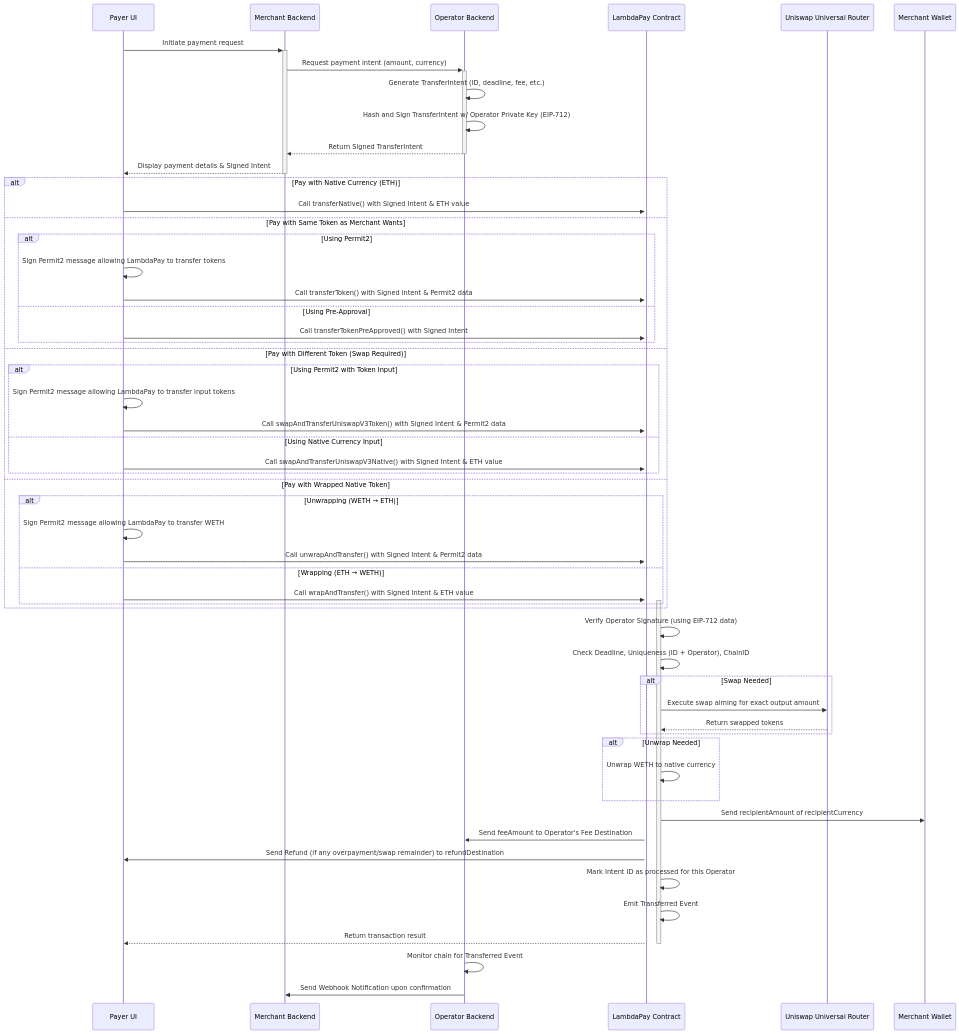
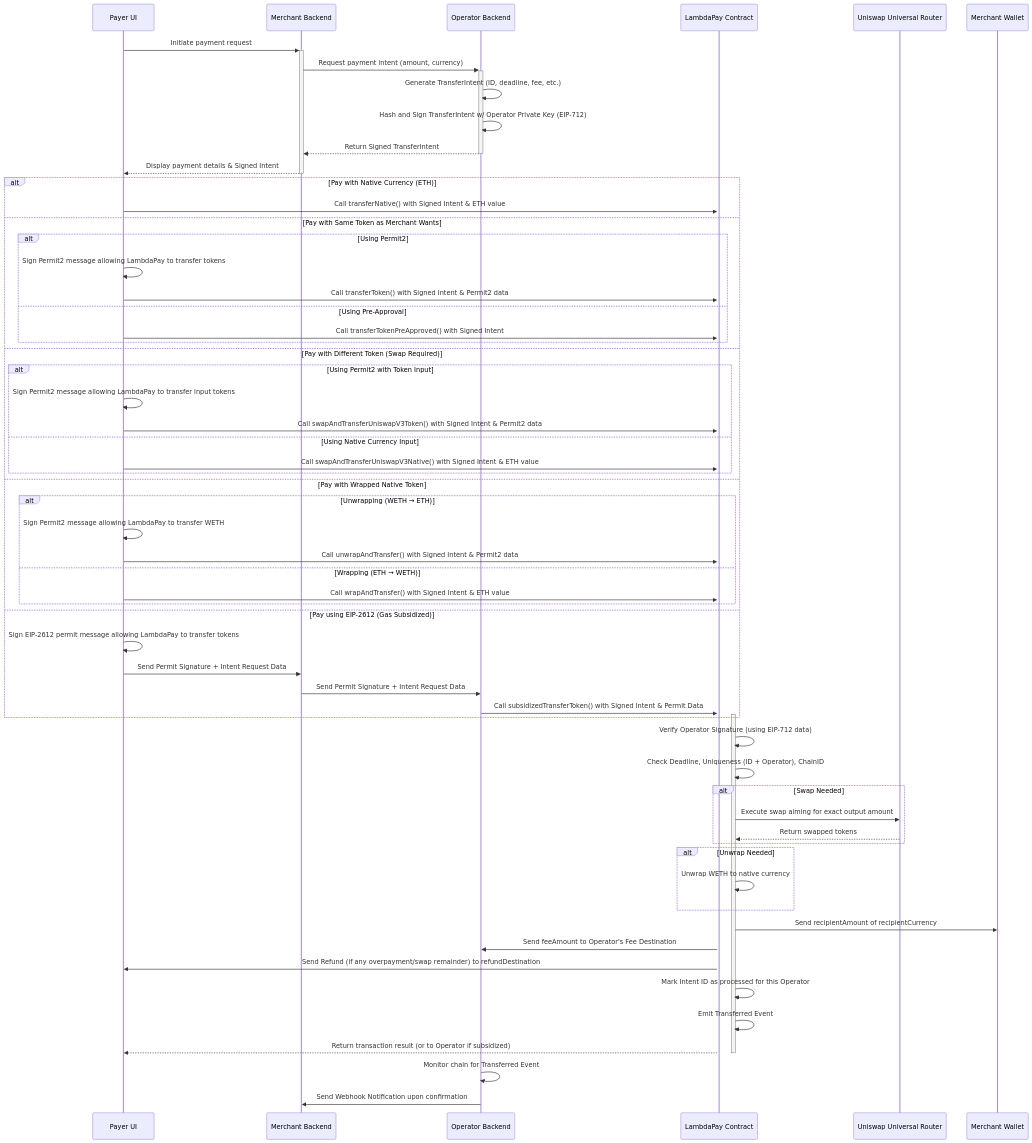
Before and after one commit to LambdaPay/onchain: the diagram in README.md, drawn with Mermaid. The commit also changed other lines of this file and 3 other files, not shown here.

Commit message:
Add: full test coverage of subsidizedTransferToken function

````diff
--- a/README.md
+++ b/README.md
@@ -91,63 +92,68 @@
 ```mermaid
 sequenceDiagram
     participant Payer UI
     participant Merchant Backend
     participant Operator Backend
     participant LambdaPay Contract
     participant Uniswap Universal Router
     participant Merchant Wallet
 
     Payer UI->>+Merchant Backend: Initiate payment request
     Merchant Backend->>+Operator Backend: Request payment intent (amount, currency)
     Operator Backend->>Operator Backend: Generate TransferIntent (ID, deadline, fee, etc.)
     Operator Backend->>Operator Backend: Hash and Sign TransferIntent w/ Operator Private Key (EIP-712)
     Operator Backend-->>-Merchant Backend: Return Signed TransferIntent
     Merchant Backend-->>-Payer UI: Display payment details & Signed Intent
 
     alt Pay with Native Currency (ETH)
         Payer UI->>+LambdaPay Contract: Call transferNative() with Signed Intent & ETH value
     else Pay with Same Token as Merchant Wants
         alt Using Permit2
             Payer UI->>Payer UI: Sign Permit2 message allowing LambdaPay to transfer tokens
             Payer UI->>+LambdaPay Contract: Call transferToken() with Signed Intent & Permit2 data
         else Using Pre-Approval
             Payer UI->>+LambdaPay Contract: Call transferTokenPreApproved() with Signed Intent
         end
     else Pay with Different Token (Swap Required)
         alt Using Permit2 with Token Input
             Payer UI->>Payer UI: Sign Permit2 message allowing LambdaPay to transfer input tokens
             Payer UI->>+LambdaPay Contract: Call swapAndTransferUniswapV3Token() with Signed Intent & Permit2 data
         else Using Native Currency Input
             Payer UI->>+LambdaPay Contract: Call swapAndTransferUniswapV3Native() with Signed Intent & ETH value
         end
     else Pay with Wrapped Native Token
         alt Unwrapping (WETH → ETH)
             Payer UI->>Payer UI: Sign Permit2 message allowing LambdaPay to transfer WETH
             Payer UI->>+LambdaPay Contract: Call unwrapAndTransfer() with Signed Intent & Permit2 data
         else Wrapping (ETH → WETH)
             Payer UI->>+LambdaPay Contract: Call wrapAndTransfer() with Signed Intent & ETH value
         end
+    else Pay using EIP-2612 (Gas Subsidized)
+        Payer UI->>Payer UI: Sign EIP-2612 permit message allowing LambdaPay to transfer tokens
+        Payer UI->>Merchant Backend: Send Permit Signature + Intent Request Data
+        Merchant Backend->>Operator Backend: Send Permit Signature + Intent Request Data
+        Operator Backend->>+LambdaPay Contract: Call subsidizedTransferToken() with Signed Intent & Permit Data
     end
 
     LambdaPay Contract->>LambdaPay Contract: Verify Operator Signature (using EIP-712 data)
     LambdaPay Contract->>LambdaPay Contract: Check Deadline, Uniqueness (ID + Operator), ChainID
 
     alt Swap Needed
         LambdaPay Contract->>Uniswap Universal Router: Execute swap aiming for exact output amount
         Uniswap Universal Router-->>LambdaPay Contract: Return swapped tokens
     end
 
     alt Unwrap Needed
         LambdaPay Contract->>LambdaPay Contract: Unwrap WETH to native currency
     end
 
     LambdaPay Contract->>Merchant Wallet: Send recipientAmount of recipientCurrency
     LambdaPay Contract->>Operator Backend: Send feeAmount to Operator's Fee Destination
     LambdaPay Contract->>Payer UI: Send Refund (if any overpayment/swap remainder) to refundDestination
     LambdaPay Contract->>LambdaPay Contract: Mark Intent ID as processed for this Operator
     LambdaPay Contract->>LambdaPay Contract: Emit Transferred Event
-    LambdaPay Contract-->>-Payer UI: Return transaction result
+    LambdaPay Contract-->>-Payer UI: Return transaction result (or to Operator if subsidized)
 
     Operator Backend->>Operator Backend: Monitor chain for Transferred Event
     Operator Backend->>Merchant Backend: Send Webhook Notification upon confirmation
 ```
````
